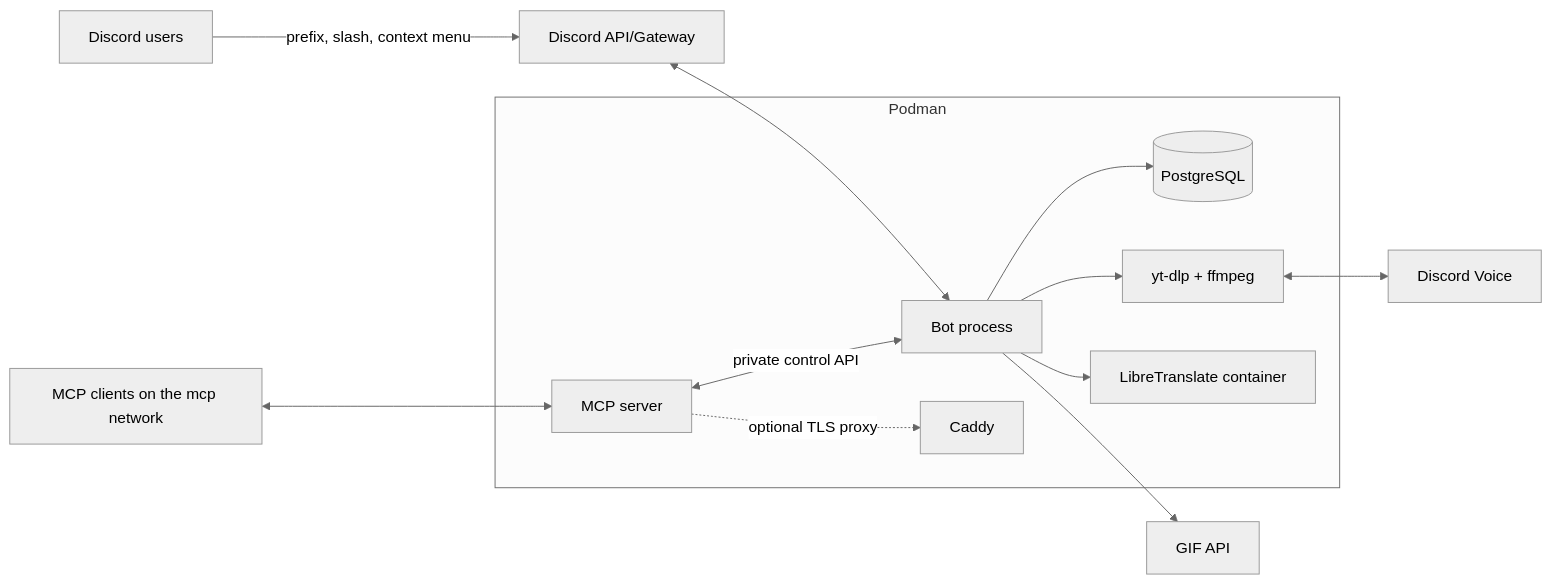
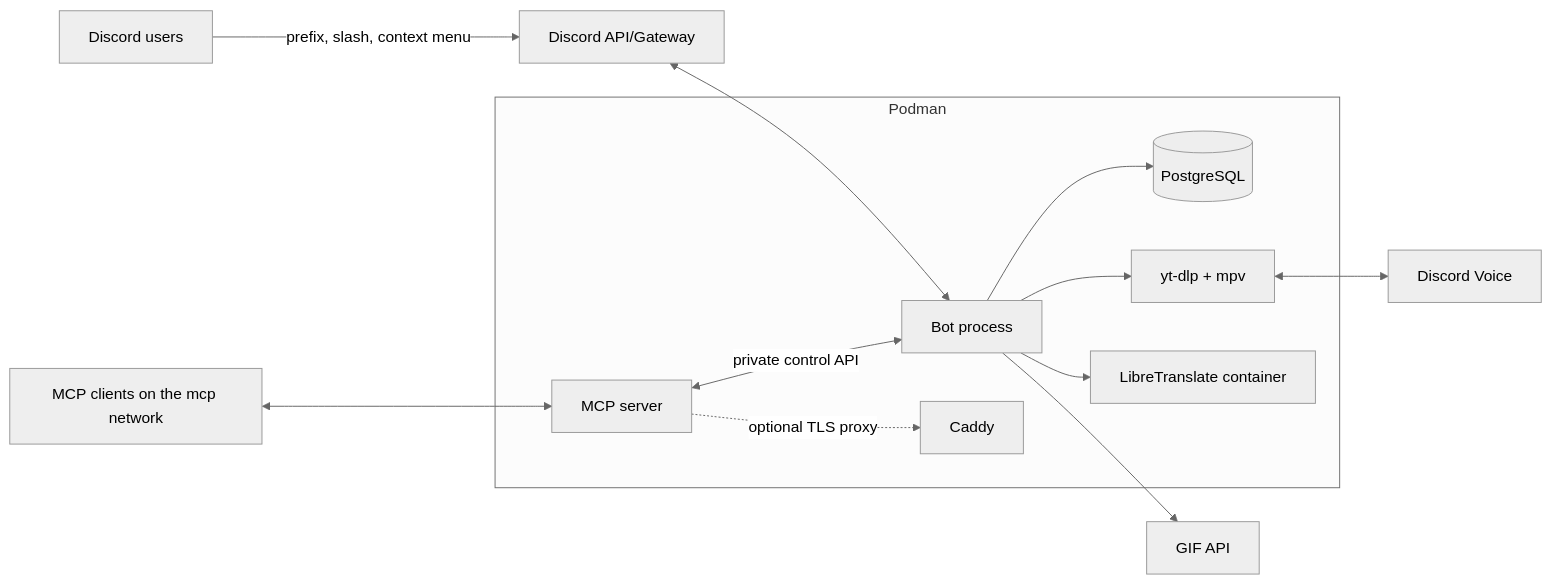
The first of 2 diagrams in docs/PLAN.md (DeathSurfing/siela-bot), drawn with Mermaid (neutral theme) before and after one commit. The commit also changed other lines of this file and 9 other files, not shown here.

Commit message:
Add mpv music backend with ffmpeg fallback and EPIPE guards

````diff
--- a/docs/PLAN.md
+++ b/docs/PLAN.md
@@ -189,21 +189,21 @@
 ```mermaid
 flowchart LR
   U[Discord users] -->|prefix, slash, context menu| D[Discord API/Gateway]
   D <--> B[Bot process]
   B --> DB[(PostgreSQL)]
-  B --> L[yt-dlp + ffmpeg]
+  B --> L[yt-dlp + mpv]
   L <--> V[Discord Voice]
   B --> T[LibreTranslate container]
   B --> G[GIF API]
   M[MCP clients on the mcp network] <--> MCP[MCP server]
   MCP <-->|private control API| B
   MCP -.->|optional TLS proxy| C[Caddy]
   subgraph Podman
     B
     DB
     L
     T
     MCP
     C
   end
 ```
````
